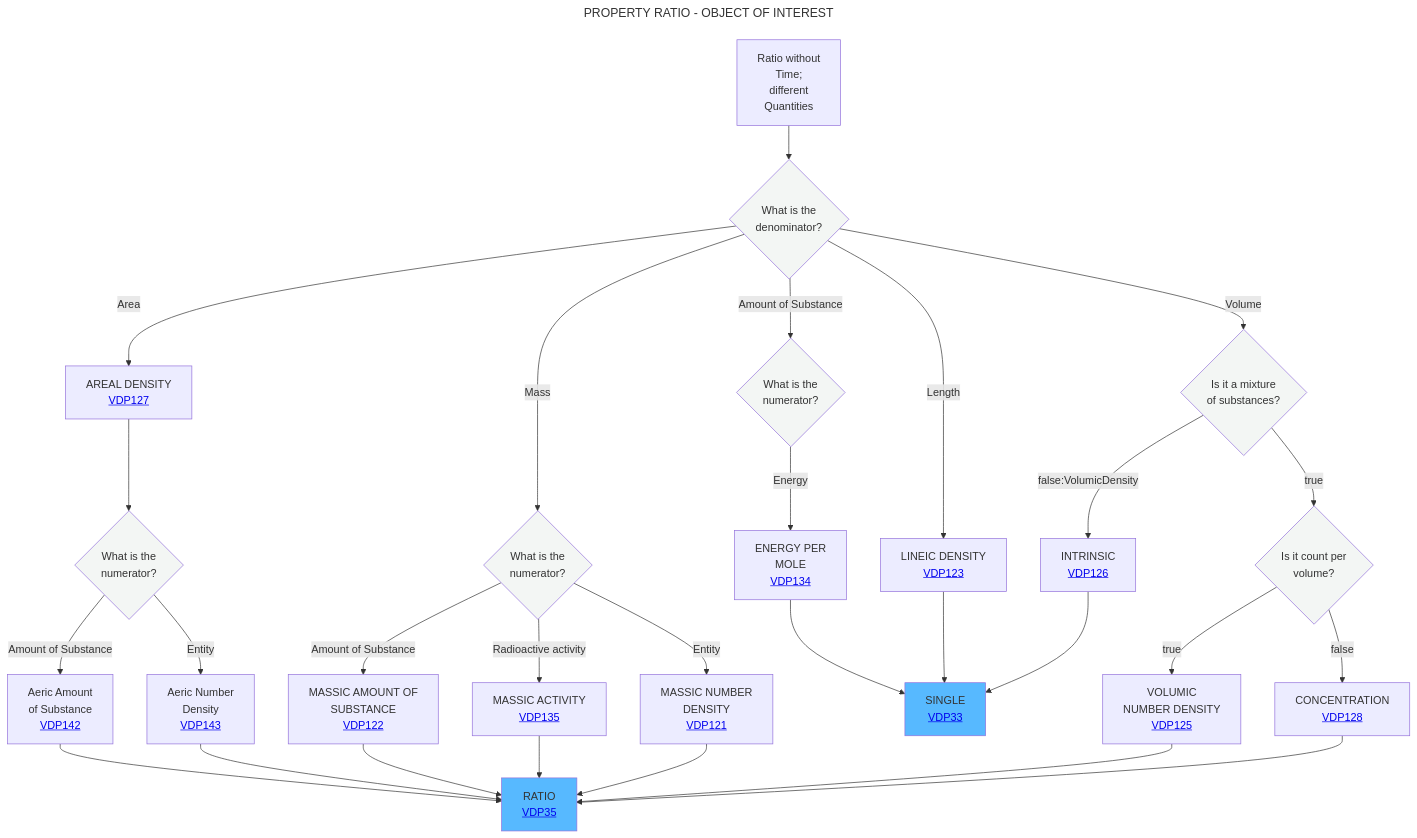
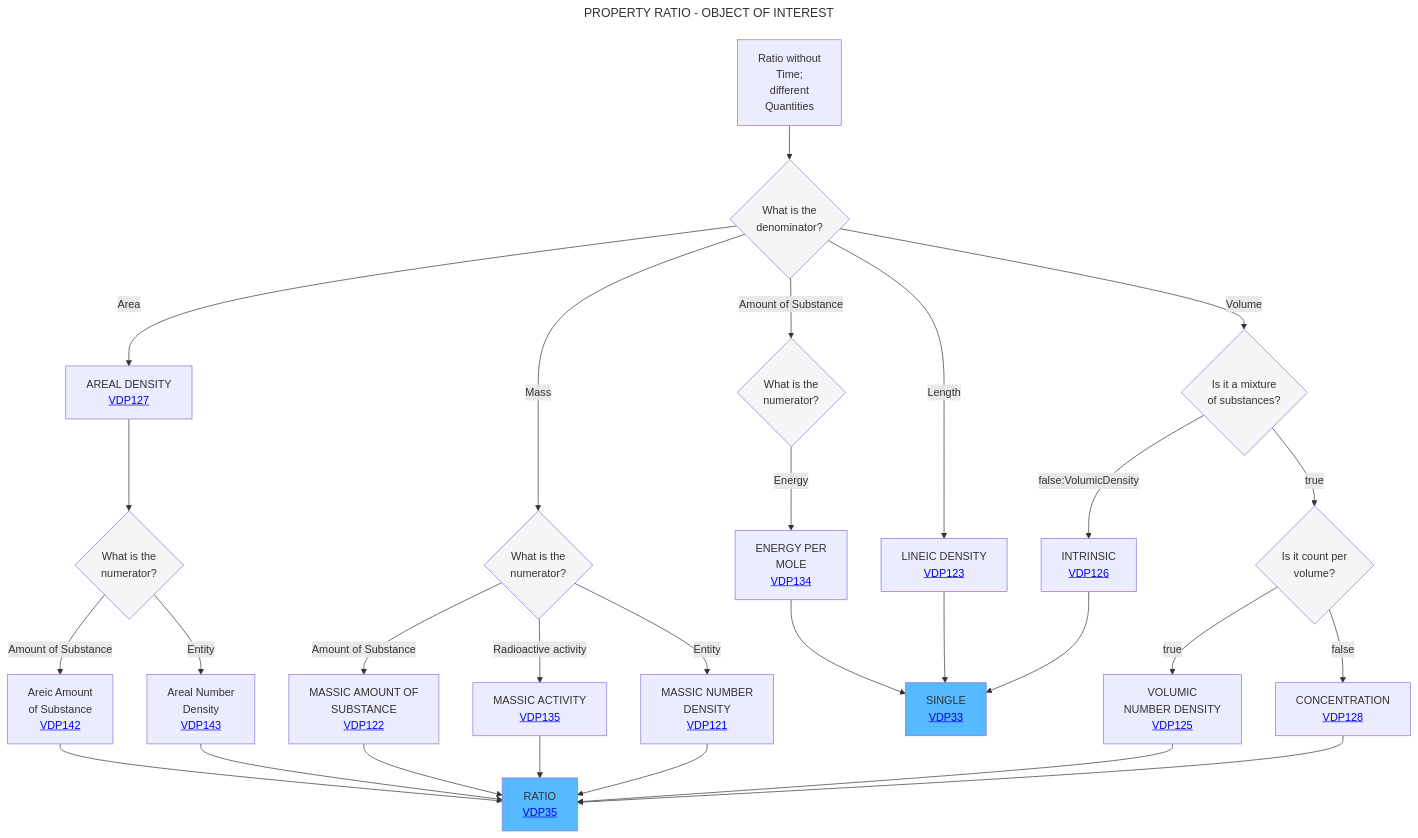
The diagram in Decision_trees/DT5.mmd (mabablue/I-ADOPT-patterns-playground), drawn with Mermaid before and after one commit.

```diff
--- a/Decision_trees/DT5.mmd
+++ b/Decision_trees/DT5.mmd
@@ -1,35 +1,35 @@
 ---
 title: PROPERTY RATIO - OBJECT OF INTEREST
 ---
 flowchart TD
     A[Ratio without <br> Time; <br> different <br> Quantities] --> B{What is the <br> denominator?}:::white
     B -- Area -->C[AREAL DENSITY <br> <a href='https://github.com/mabablue/I-ADOPT-patterns-playground/blob/main/pattern/VDP127.md'>VDP127</a>]
     B -- Mass -->E{What is the <br> numerator?}:::white
     B -- Amount of Substance --> R{What is the <br> numerator?}:::white
     B -- Length -->D[LINEIC DENSITY <br> <a href='https://github.com/mabablue/I-ADOPT-patterns-playground/blob/main/pattern/VDP123.yaml'>VDP123</a>]
     E -- Amount of Substance --> P[MASSIC AMOUNT OF <br> SUBSTANCE <br> <a href='https://github.com/mabablue/I-ADOPT-patterns-playground/blob/main/pattern/VDP122.yaml'>VDP122</a>]
     E -- Radioactive activity --> Q[MASSIC ACTIVITY <br> <a href='https://github.com/mabablue/I-ADOPT-patterns-playground/blob/main/pattern/VDP135.yaml'>VDP135</a>]
     E -- Entity --> L[MASSIC NUMBER  <br> DENSITY <br> <a href='https://github.com/mabablue/I-ADOPT-patterns-playground/blob/main/pattern/VDP121.yaml'>VDP121</a>]
     B -- Volume -->G{Is it a mixture <br> of substances?}:::white
     G -- false:VolumicDensity-->H[INTRINSIC <br> <a href='https://github.com/mabablue/I-ADOPT-patterns-playground/blob/main/pattern/VDP126.yaml'>VDP126</a>]
     G--> |true|J{Is it count per <br>  volume?}:::white
     J --> |true|I[VOLUMIC <br> NUMBER DENSITY <br> <a href='https://github.com/mabablue/I-ADOPT-patterns-playground/blob/main/pattern/VDP125.yaml'>VDP125</a>]
     J --> |false|M[CONCENTRATION <br> <a href='https://github.com/mabablue/I-ADOPT-patterns-playground/blob/main/pattern/VDP128.md'>VDP128</a>]
     I --> N
     C --> CB{What is the <br> numerator?}:::white
-    CB --Amount of Substance --> F[Aeric Amount <br> of Substance <br> <a href='https://github.com/mabablue/I-ADOPT-patterns-playground/tree/main/md/GenericPatterns/VariableDesignPatterns/VDP142.md'>VDP142</a>]
-    CB --Entity --> K[Aeric Number <br> Density <br> <a href='https://github.com/mabablue/I-ADOPT-patterns-playground/tree/main/md/GenericPatterns/VariableDesignPatterns/VDP143.md'>VDP143</a>]
+    CB --Amount of Substance --> F[Areic Amount <br> of Substance <br> <a href='https://github.com/mabablue/I-ADOPT-patterns-playground/tree/main/md/GenericPatterns/VariableDesignPatterns/VDP142.md'>VDP142</a>]
+    CB --Entity --> K[Areal Number <br> Density <br> <a href='https://github.com/mabablue/I-ADOPT-patterns-playground/tree/main/md/GenericPatterns/VariableDesignPatterns/VDP143.md'>VDP143</a>]
     F --> N[RATIO <br> <a href='https://github.com/mabablue/I-ADOPT-patterns-playground/blob/main/pattern/VDP35.md'>VDP35</a>]:::satblue
     K --> N[RATIO <br> <a href='https://github.com/mabablue/I-ADOPT-patterns-playground/blob/main/pattern/VDP35.md'>VDP35</a>]:::satblue
     D --> O[SINGLE <br> <a href='https://github.com/mabablue/I-ADOPT-patterns-playground/blob/main/pattern/VDP33.yaml'>VDP33</a>]:::satblue
     R -- Energy --> S[ENERGY PER <br> MOLE <br> <a href='https://github.com/mabablue/I-ADOPT-patterns-playground/blob/main/pattern/VDP134.yaml'>VDP134</a>]
     H --> O
     P --> N
     M --> N
     S --> O
     Q --> N
     L --> N
    classDef blue fill:#90D5FF
    classDef satblue fill:#57B9FF 
    classDef white fill:#f3f6f4
    classDef green fill:#6aa84f
```
